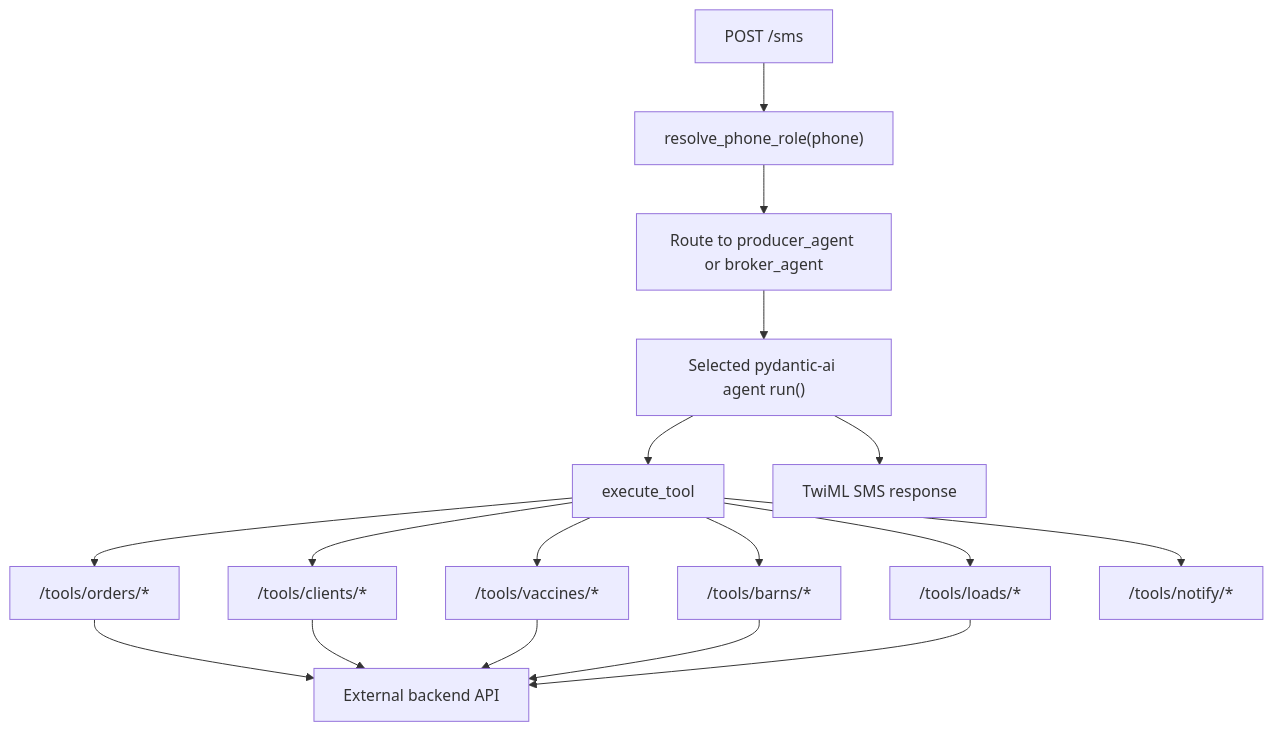
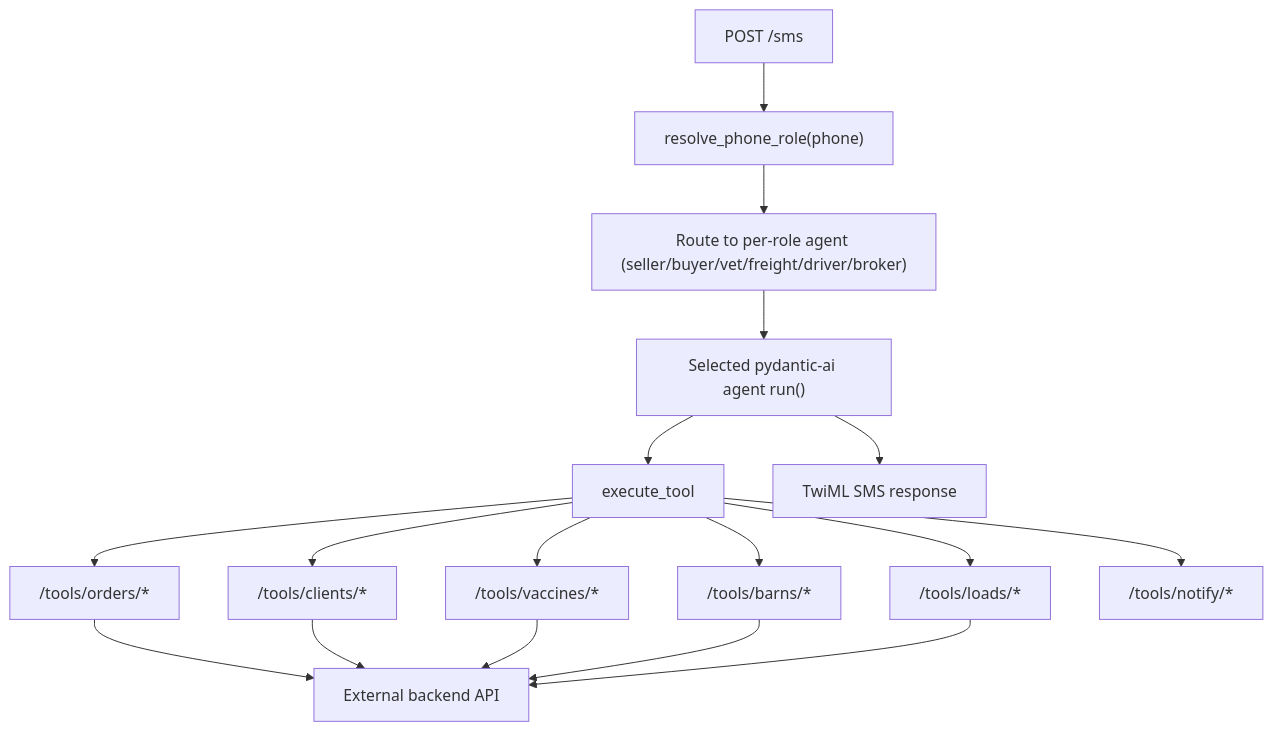
The diagram in README.md (christian-mcp/SwineDesk_Python), drawn with Mermaid before and after one commit. The commit also changed other lines of this file, not shown here.

````diff
--- a/README.md
+++ b/README.md
@@ -23,19 +24,19 @@
 ```mermaid
 flowchart TD
     smsWebhook["POST /sms"] --> resolveRole["resolve_phone_role(phone)"]
-    resolveRole --> routeAgent["Route to producer_agent or broker_agent"]
+    resolveRole --> routeAgent["Route to per-role agent (seller/buyer/vet/freight/driver/broker)"]
     routeAgent --> runAgent["Selected pydantic-ai agent run()"]
     runAgent --> executeTool["execute_tool"]
     executeTool --> ordersTools["/tools/orders/*"]
     executeTool --> clientsTools["/tools/clients/*"]
     executeTool --> vaccinesTools["/tools/vaccines/*"]
     executeTool --> barnsTools["/tools/barns/*"]
     executeTool --> loadsTools["/tools/loads/*"]
     executeTool --> notifyTools["/tools/notify/*"]
     ordersTools --> backendApi["External backend API"]
     clientsTools --> backendApi
     vaccinesTools --> backendApi
     barnsTools --> backendApi
     loadsTools --> backendApi
     runAgent --> twiml["TwiML SMS response"]
 ```
````
